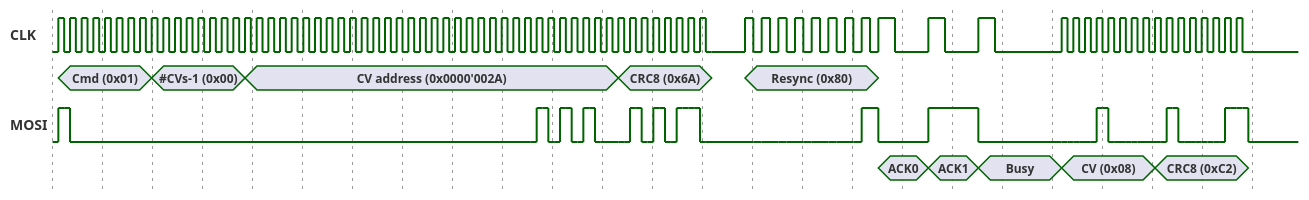
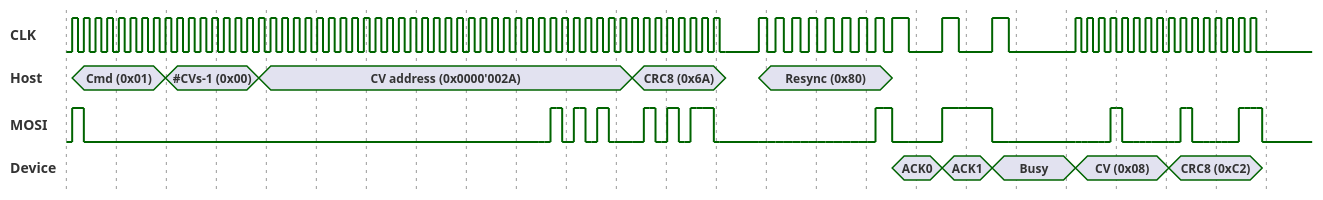
One commit to ZIMO-Elektronik/ZUSI changed the diagram in data/transmission.pu. Above: the diagram before and after it, drawn with PlantUML. The commit also changed 22 other files, not shown here.

```diff
--- a/data/transmission.pu
+++ b/data/transmission.pu
@@ -7,12 +7,12 @@
 binary "CLK" as CLK
 CLK is 50 pixels height
 
-concise " " as RX
+concise "Host" as RX
 
 binary "MOSI" as MOSI
 MOSI is 50 pixels height
 
-concise " " as TX
+concise "Device" as TX
 
 @CLK
 ' Clock idle is low
```
